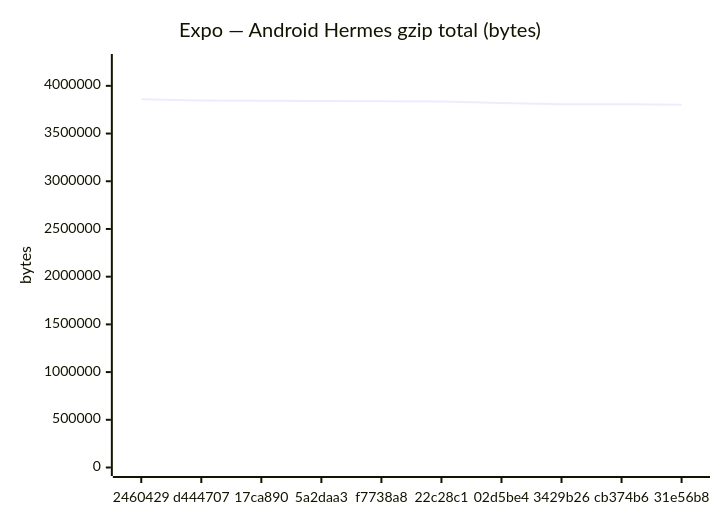
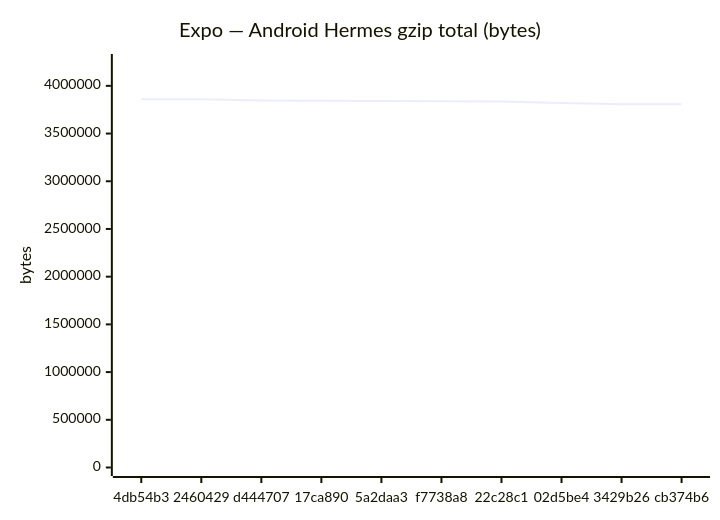
Before and after one commit to Metaheurist/Rianell: the fifth of 18 diagrams in benchmarks/compare.md, drawn with Mermaid. The commit also changed other lines of this file and 11 other files, not shown here.

````diff
--- a/benchmarks/compare.md
+++ b/benchmarks/compare.md
@@ -89,7 +89,7 @@
 ```mermaid
 xychart-beta
     title "Expo — Android Hermes gzip total (bytes)"
-    x-axis ["2460429", "d444707", "17ca890", "5a2daa3", "f7738a8", "22c28c1", "02d5be4", "3429b26", "cb374b6", "31e56b8"]
+    x-axis ["4db54b3", "2460429", "d444707", "17ca890", "5a2daa3", "f7738a8", "22c28c1", "02d5be4", "3429b26", "cb374b6"]
     y-axis "bytes" 0 --> 4244641
-    line [3858764, 3845905, 3843474, 3841087, 3837618, 3836645, 3819535, 3807947, 3807947, 3802529]
+    line [3858762, 3858764, 3845905, 3843474, 3841087, 3837618, 3836645, 3819535, 3807947, 3807947]
 ```
````
